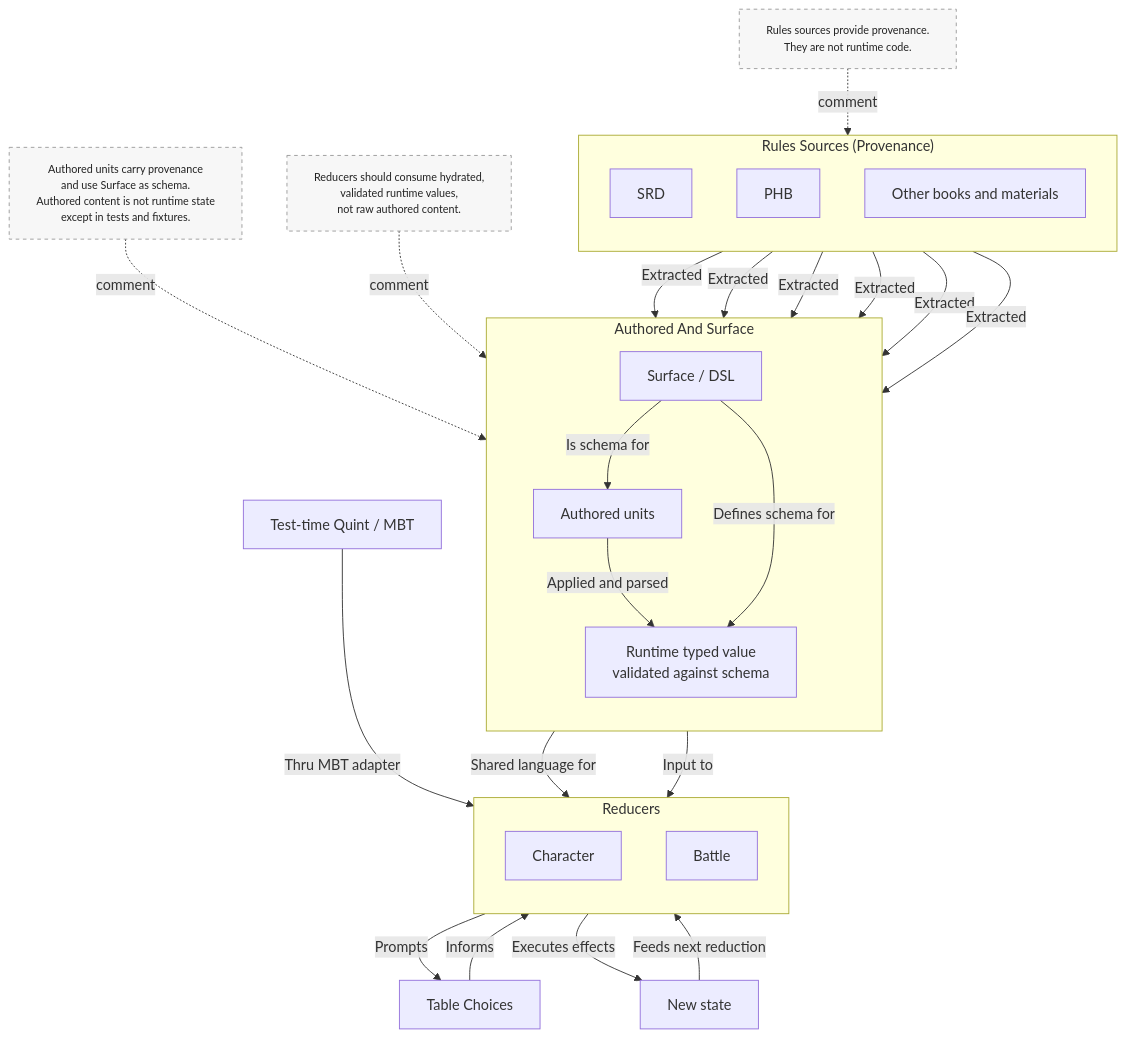
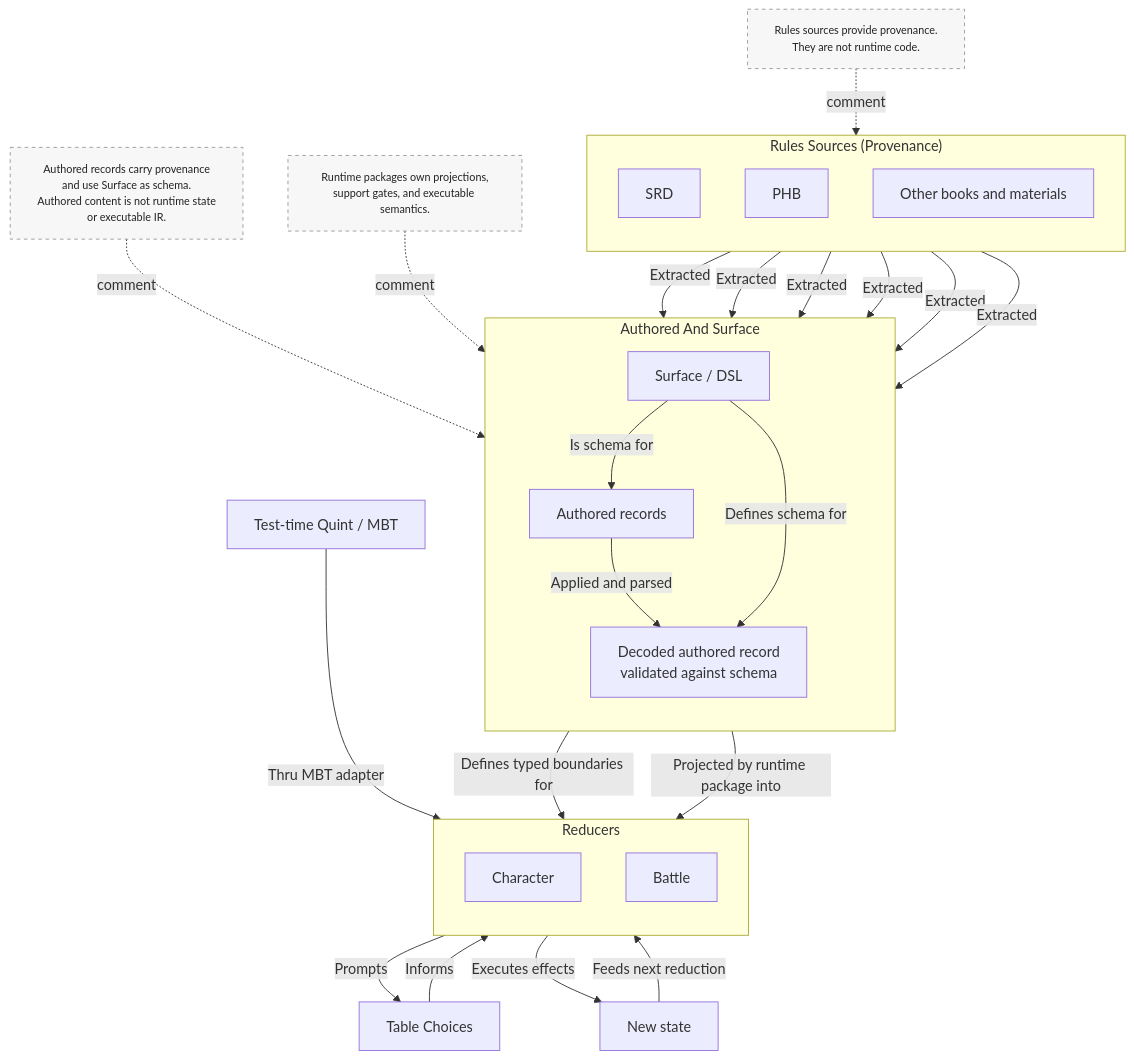
The second of 3 diagrams in plans/SURFACE_TO_BATTLE_VERTICAL_DRAFT.md (dearlordylord/5e-quint), drawn with Mermaid before and after one commit. The commit also changed other lines of this file and 46 other files, not shown here.

````diff
--- a/plans/SURFACE_TO_BATTLE_VERTICAL_DRAFT.md
+++ b/plans/SURFACE_TO_BATTLE_VERTICAL_DRAFT.md
@@ -43,58 +43,58 @@
 ```mermaid
 flowchart TD
   classDef note fill:#f7f7f7,stroke:#999,stroke-dasharray: 4 4,color:#222,font-size:12px;
 
   subgraph SOURCES["Rules Sources (Provenance)"]
     direction TB
     SRD["SRD"]
     PHB["PHB"]
     OTHER["Other books and materials"]
   end
 
   subgraph CONTENT["Authored And Surface"]
     direction TB
-    AUTHORED["Authored units"]
+    AUTHORED["Authored records"]
     SURFACE["Surface / DSL"]
-    RUNTIME["Runtime typed value<br/>validated against schema"]
+    RUNTIME["Decoded authored record<br/>validated against schema"]
   end
 
   subgraph REDUCERS["Reducers"]
     direction TB
     CHARACTER["Character"]
     BATTLE["Battle"]
   end
 
   TABLE["Table Choices"]
   STATE["New state"]
   TEST["Test-time Quint / MBT"]
 
   SRD -->|Extracted| AUTHORED
   SRD -->|Extracted| SURFACE
   PHB -->|Extracted| AUTHORED
   PHB -->|Extracted| SURFACE
   OTHER -->|Extracted| AUTHORED
   OTHER -->|Extracted| SURFACE
 
   SURFACE -->|Is schema for| AUTHORED
   AUTHORED -->|Applied and parsed| RUNTIME
   SURFACE -->|Defines schema for| RUNTIME
 
-  SURFACE -->|Shared language for| REDUCERS
-  RUNTIME -->|Input to| REDUCERS
+  SURFACE -->|Defines typed boundaries for| REDUCERS
+  RUNTIME -->|Projected by runtime package into| REDUCERS
 
   TEST -->|Thru MBT adapter| REDUCERS
   REDUCERS -->|Prompts| TABLE
   TABLE -->|Informs| REDUCERS
   REDUCERS -->|Executes effects| STATE
   STATE -->|Feeds next reduction| REDUCERS
 
   SOURCES_NOTE["Rules sources provide provenance.<br/>They are not runtime code."]
-  AUTHORED_NOTE["Authored units carry provenance<br/>and use Surface as schema.<br/>Authored content is not runtime state<br/>except in tests and fixtures."]
-  RUNTIME_NOTE["Reducers should consume hydrated,<br/>validated runtime values,<br/>not raw authored content."]
+  AUTHORED_NOTE["Authored records carry provenance<br/>and use Surface as schema.<br/>Authored content is not runtime state<br/>or executable IR."]
+  RUNTIME_NOTE["Runtime packages own projections,<br/>support gates, and executable semantics."]
 
   SOURCES_NOTE -. comment .-> SOURCES
   AUTHORED_NOTE -. comment .-> AUTHORED
   RUNTIME_NOTE -. comment .-> RUNTIME
 
   class SOURCES_NOTE,AUTHORED_NOTE,RUNTIME_NOTE note
 ```
````
